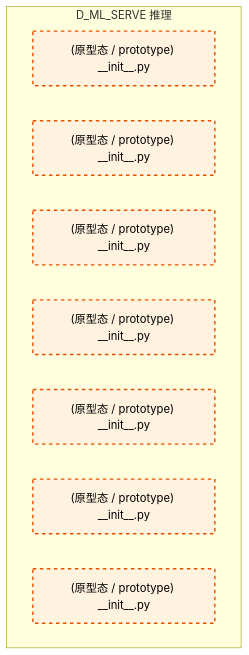
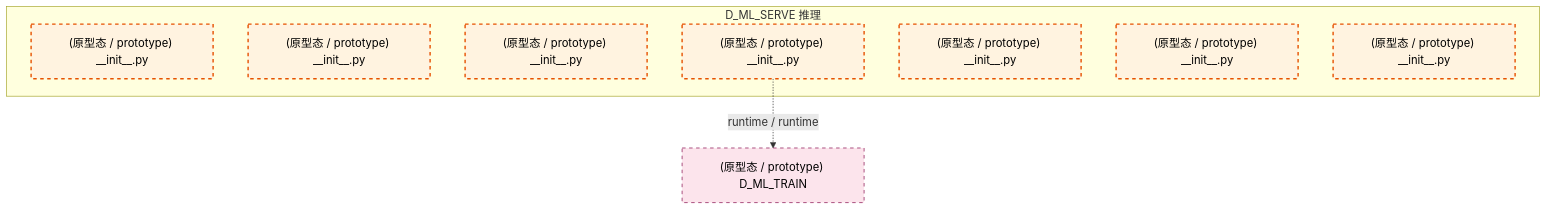
Before and after one commit to xuanFelixVan/ZephyrAlpha: the second of 3 diagrams in docs/02_enterprise_architecture/02_domain_architecture_docs/49_d_ml_serve.md, drawn with Mermaid. The commit also changed other lines of this file and 81 other files, not shown here.

````diff
--- a/docs/02_enterprise_architecture/02_domain_architecture_docs/49_d_ml_serve.md
+++ b/docs/02_enterprise_architecture/02_domain_architecture_docs/49_d_ml_serve.md
@@ -103,17 +106,20 @@
 ```mermaid
 graph TD
     subgraph D_ML_SERVE["D_ML_SERVE 推理"]
         src_zephyr_ml_serve_init_py["(原型态 / prototype) __init__.py"]
         src_zephyr_ml_serve_extensions_init_py["(原型态 / prototype) __init__.py"]
         src_zephyr_ml_serve_api_init_py["(原型态 / prototype) __init__.py"]
         src_zephyr_ml_serve_core_init_py["(原型态 / prototype) __init__.py"]
         src_zephyr_ml_serve_infrastructure_init_py["(原型态 / prototype) __init__.py"]
         src_zephyr_ml_serve_models_init_py["(原型态 / prototype) __init__.py"]
         src_zephyr_ml_serve_services_init_py["(原型态 / prototype) __init__.py"]
     end
+    D_ML_TRAIN["(原型态 / prototype) D_ML_TRAIN"]
+    src_zephyr_ml_serve_core_init_py -.->|runtime / runtime| D_ML_TRAIN
     classDef production fill:#e1f5fe,stroke:#01579b,stroke-width:2px,color:#000
     classDef design fill:#fff3e0,stroke:#e65100,stroke-width:2px,color:#000,stroke-dasharray: 5 5
     classDef external_prod fill:#e8f5e9,stroke:#1b5e20,stroke-width:1px,color:#000
     classDef external_design fill:#fce4ec,stroke:#880e4f,stroke-width:1px,color:#000,stroke-dasharray: 5 5
     class src_zephyr_ml_serve_init_py,src_zephyr_ml_serve_extensions_init_py,src_zephyr_ml_serve_api_init_py,src_zephyr_ml_serve_core_init_py,src_zephyr_ml_serve_infrastructure_init_py,src_zephyr_ml_serve_models_init_py,src_zephyr_ml_serve_services_init_py design
+    class D_ML_TRAIN external_design
 ```
````
